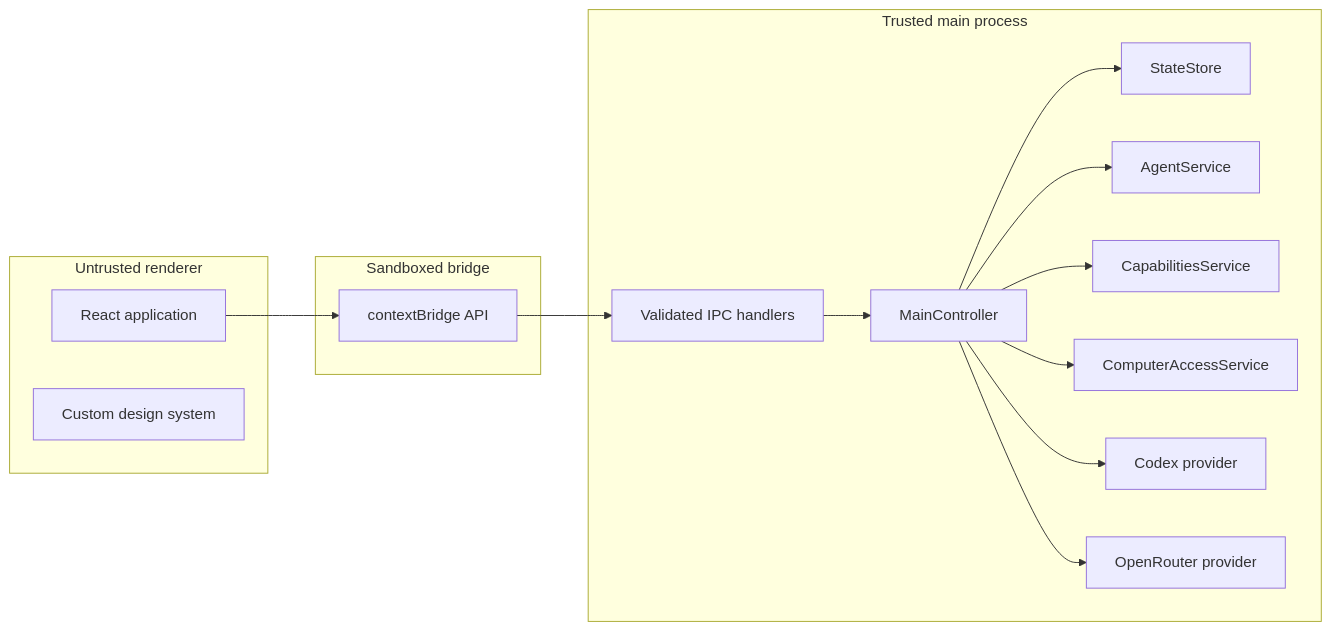
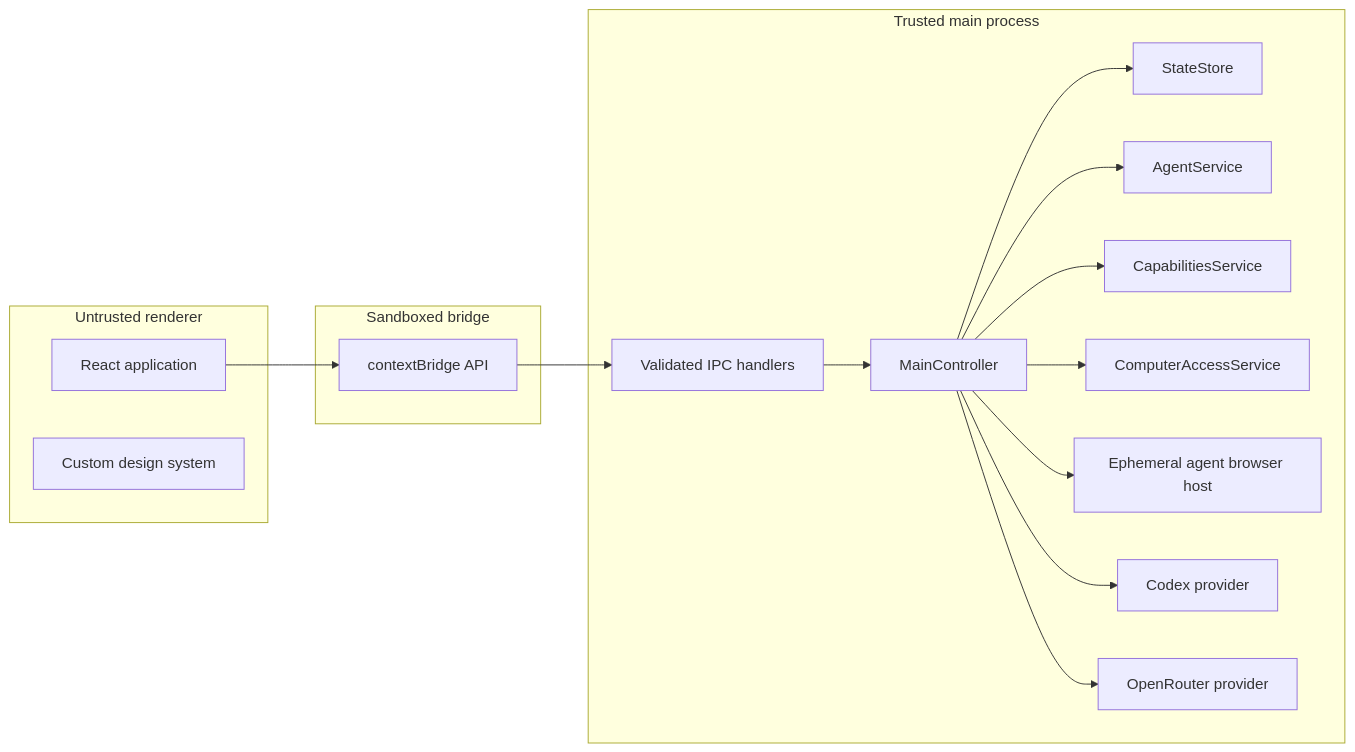
Before and after one commit to earlyaidopters/grokky: the second of 12 diagrams in docs/ARCHITECTURE.md, drawn with Mermaid. The commit also changed other lines of this file and 60 other files, not shown here.

````diff
--- a/docs/ARCHITECTURE.md
+++ b/docs/ARCHITECTURE.md
@@ -26,32 +28,34 @@
 ```mermaid
 flowchart LR
   subgraph Untrusted renderer
     REACT[React application]
     CSS[Custom design system]
   end
 
   subgraph Sandboxed bridge
     PRELOAD[contextBridge API]
   end
 
   subgraph Trusted main process
     IPC[Validated IPC handlers]
     CONTROLLER[MainController]
     STATE[StateStore]
     AGENTS[AgentService]
     CAPS[CapabilitiesService]
     ACCESS[ComputerAccessService]
+    AGENTBROWSER[Ephemeral agent browser host]
     CODEXPROVIDER[Codex provider]
     ORPROVIDER[OpenRouter provider]
   end
 
   REACT --> PRELOAD
   PRELOAD --> IPC
   IPC --> CONTROLLER
   CONTROLLER --> STATE
   CONTROLLER --> AGENTS
   CONTROLLER --> CAPS
   CONTROLLER --> ACCESS
+  CONTROLLER --> AGENTBROWSER
   CONTROLLER --> CODEXPROVIDER
   CONTROLLER --> ORPROVIDER
 ```
````
